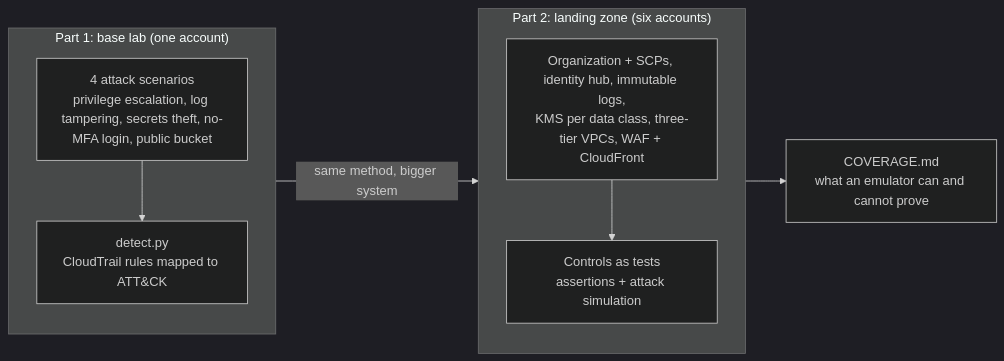
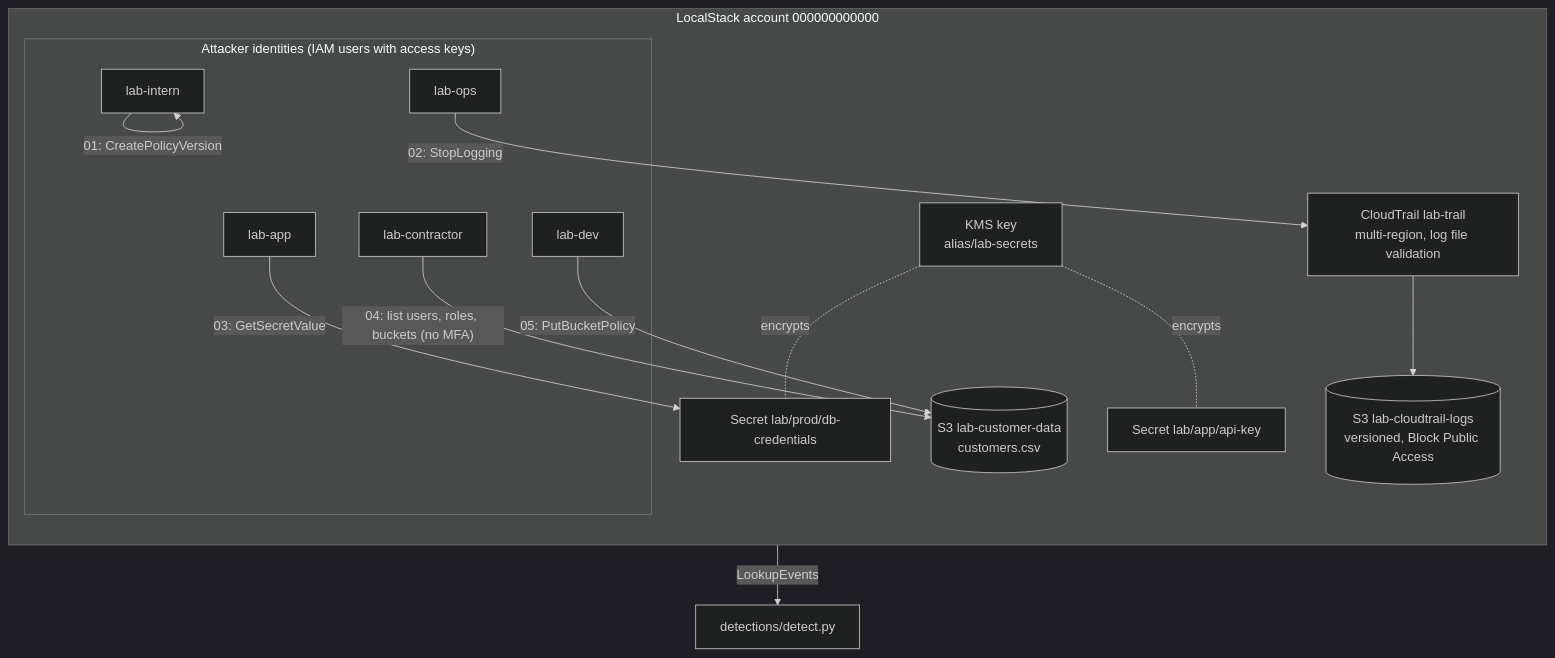
The second of 2 diagrams in README.md (roshanrt/aws-security-lab), drawn with Mermaid (dark theme) before and after one commit. The commit also changed other lines of this file and 1 other file, not shown here.

First line of the commit message:
Rewrite README as a project overview; keep the old one in docs/

````diff
--- a/README.md
+++ b/README.md
@@ -13,17 +43,27 @@
 ```mermaid
-flowchart LR
-  subgraph P1["Part 1: base lab (one account)"]
+flowchart TB
+  subgraph acct["LocalStack account 000000000000"]
     direction TB
-    S1["4 attack scenarios<br/>privilege escalation, log tampering, secrets theft, no-MFA login, public bucket"]
-    D1["detect.py<br/>CloudTrail rules mapped to ATT&CK"]
-    S1 --> D1
+    subgraph users["Attacker identities (IAM users with access keys)"]
+      intern["lab-intern"]
+      ops["lab-ops"]
+      app["lab-app"]
+      contractor["lab-contractor"]
+      dev["lab-dev"]
+    end
+    kms["KMS key<br/>alias/lab-secrets"]
+    s1["Secret lab/app/api-key"]
+    s2["Secret lab/prod/db-credentials"]
+    trail["CloudTrail lab-trail<br/>multi-region, log file validation"]
+    logs[("S3 lab-cloudtrail-logs<br/>versioned, Block Public Access")]
+    data[("S3 lab-customer-data<br/>customers.csv")]
   end
-  subgraph P2["Part 2: landing zone (six accounts)"]
-    direction TB
-    L["Organization + SCPs, identity hub, immutable logs,<br/>KMS per data class, three-tier VPCs, WAF + CloudFront"]
-    T["Controls as tests<br/>assertions + attack simulation"]
-    L --> T
-  end
-  P1 -->|"same method, bigger system"| P2
-  P2 --> C["COVERAGE.md<br/>what an emulator can and cannot prove"]
+  intern -->|"01: CreatePolicyVersion"| intern
+  ops -->|"02: StopLogging"| trail
+  app -->|"03: GetSecretValue"| s2
+  contractor -->|"04: list users, roles, buckets (no MFA)"| data
+  dev -->|"05: PutBucketPolicy"| data
+  kms -.encrypts.- s1 & s2
+  trail --> logs
+  trail -->|LookupEvents| det["detections/detect.py"]
 ```
````
